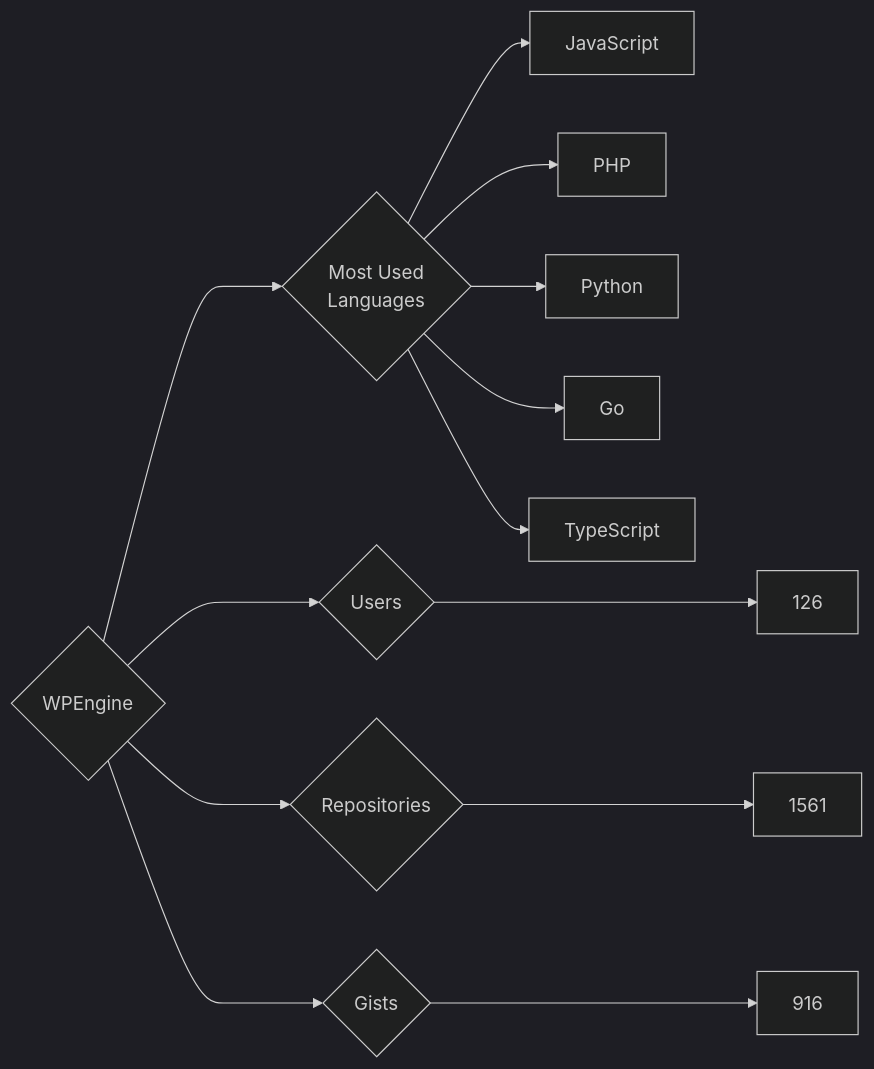
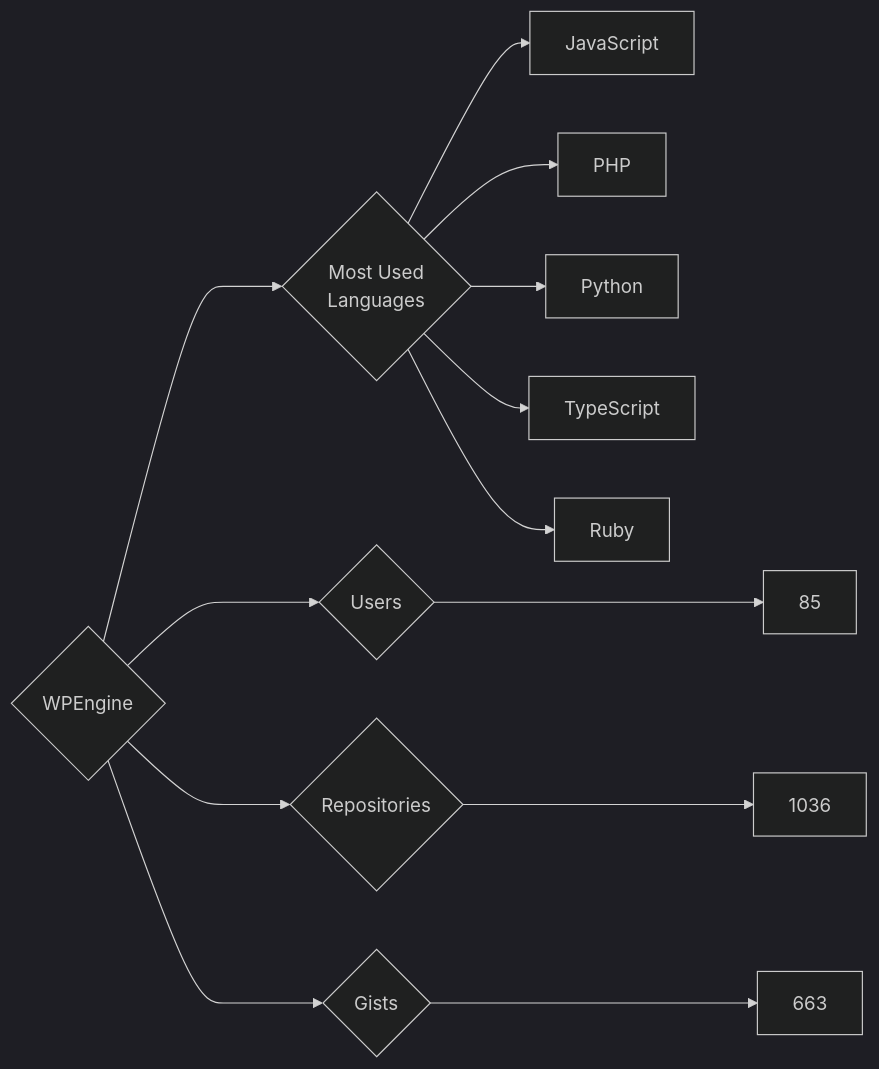
One commit to trickest/insiders changed the diagram in targets/WPEngine/README.md. Above: the diagram before and after it, drawn with Mermaid (dark theme). The commit also changed 1479 other files, not shown here.

````diff
--- a/targets/WPEngine/README.md
+++ b/targets/WPEngine/README.md
@@ -3,13 +3,13 @@
 ```mermaid
 graph LR
 COMPANY_NAME{WPEngine}
-COMPANY_NAME ---> U{Users} ---> UN[126]
-COMPANY_NAME ---> R{Repositories} ---> RN[1561]
-COMPANY_NAME ---> G{Gists} ---> GN[916]
+COMPANY_NAME ---> U{Users} ---> UN[85]
+COMPANY_NAME ---> R{Repositories} ---> RN[1036]
+COMPANY_NAME ---> G{Gists} ---> GN[663]
 COMPANY_NAME ---> ML{Most Used<br>Languages}
 ML --> JavaScript[JavaScript]
 ML --> PHP[PHP]
 ML --> Python[Python]
-ML --> Go[Go]
 ML --> TypeScript[TypeScript]
+ML --> Ruby[Ruby]
 ```
````
